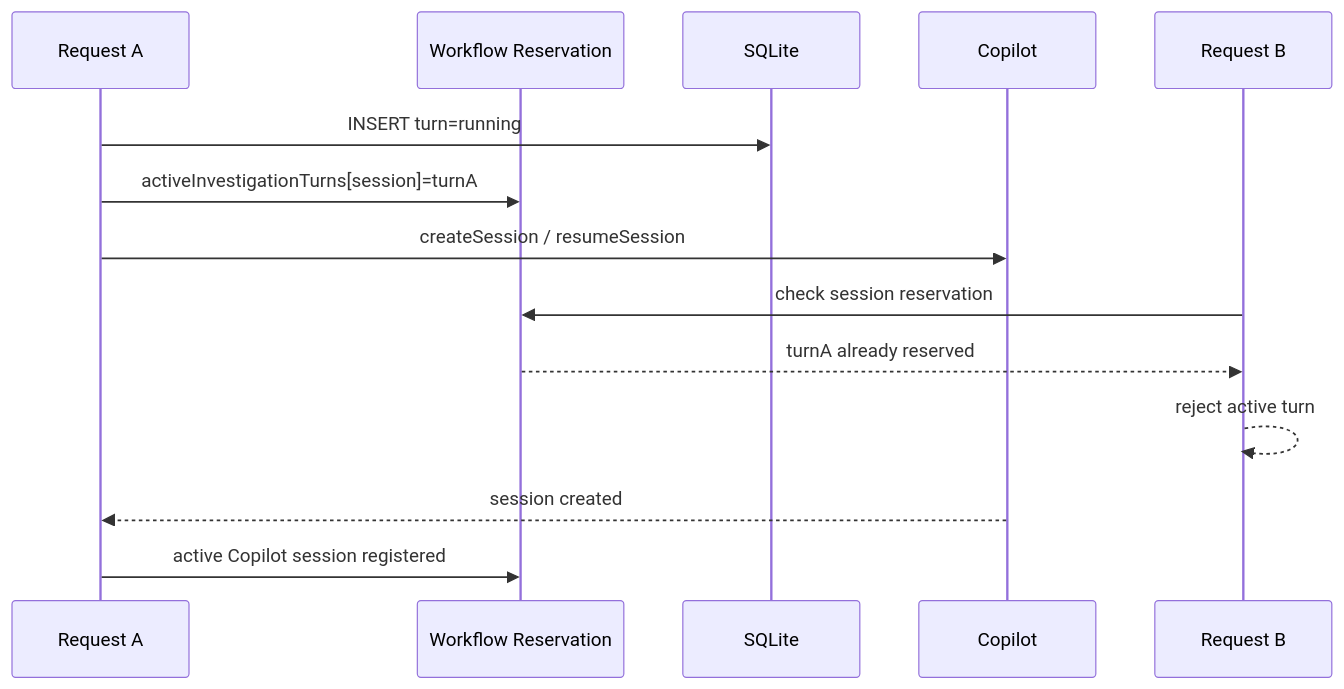
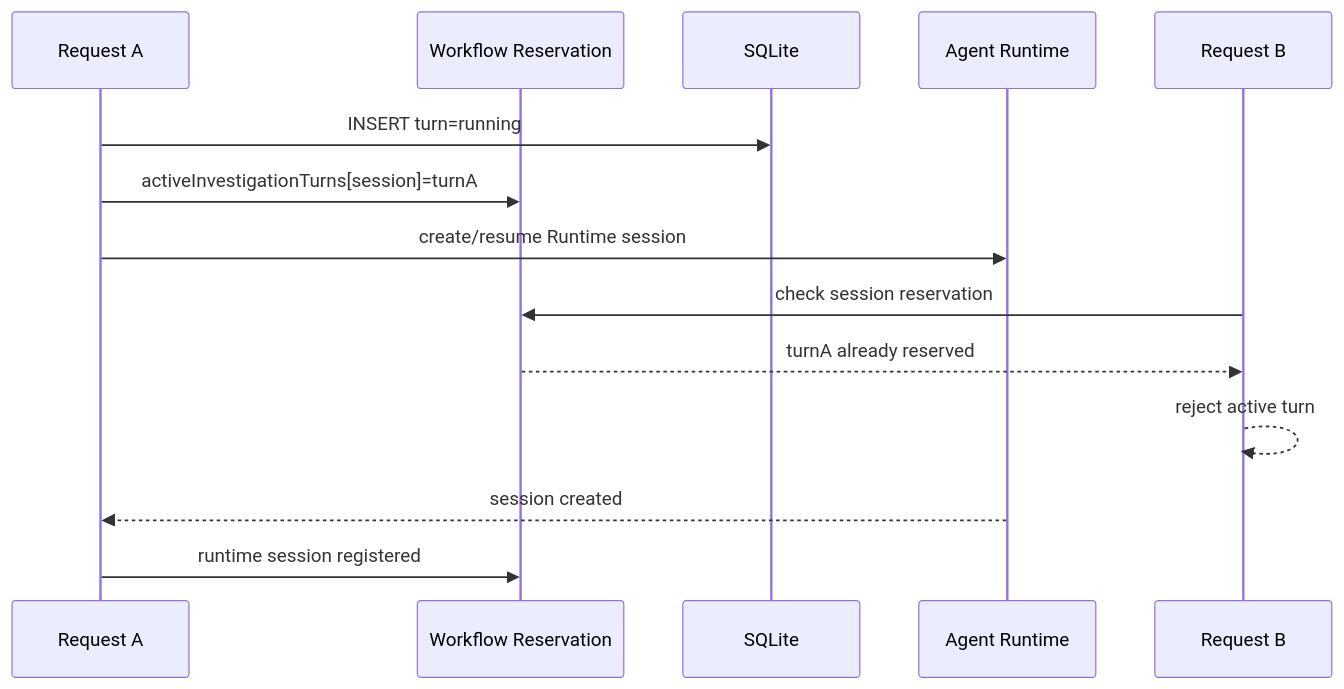
One commit to saga/agentic-data-architect changed the third of 8 diagrams in docs/data-control-flow.md. Above: the diagram before and after it, drawn with Mermaid. The commit also changed other lines of this file, not shown here.

Commit message:
docs: make turn reservation and session references runtime-neutral

```diff
--- a/docs/data-control-flow.md
+++ b/docs/data-control-flow.md
@@ -171,19 +171,19 @@
 ~~~mermaid
 sequenceDiagram
     participant A as Request A
     participant W as Workflow Reservation
     participant DB as SQLite
-    participant CP as Copilot
+    participant RT as Agent Runtime
     participant B as Request B
 
     A->>DB: INSERT turn=running
     A->>W: activeInvestigationTurns[session]=turnA
-    A->>CP: createSession / resumeSession
+    A->>RT: create/resume Runtime session
 
     B->>W: check session reservation
     W-->>B: turnA already reserved
     B-->>B: reject active turn
 
-    CP-->>A: session created
-    A->>W: active Copilot session registered
+    RT-->>A: session created
+    A->>W: runtime session registered
 ~~~
```
